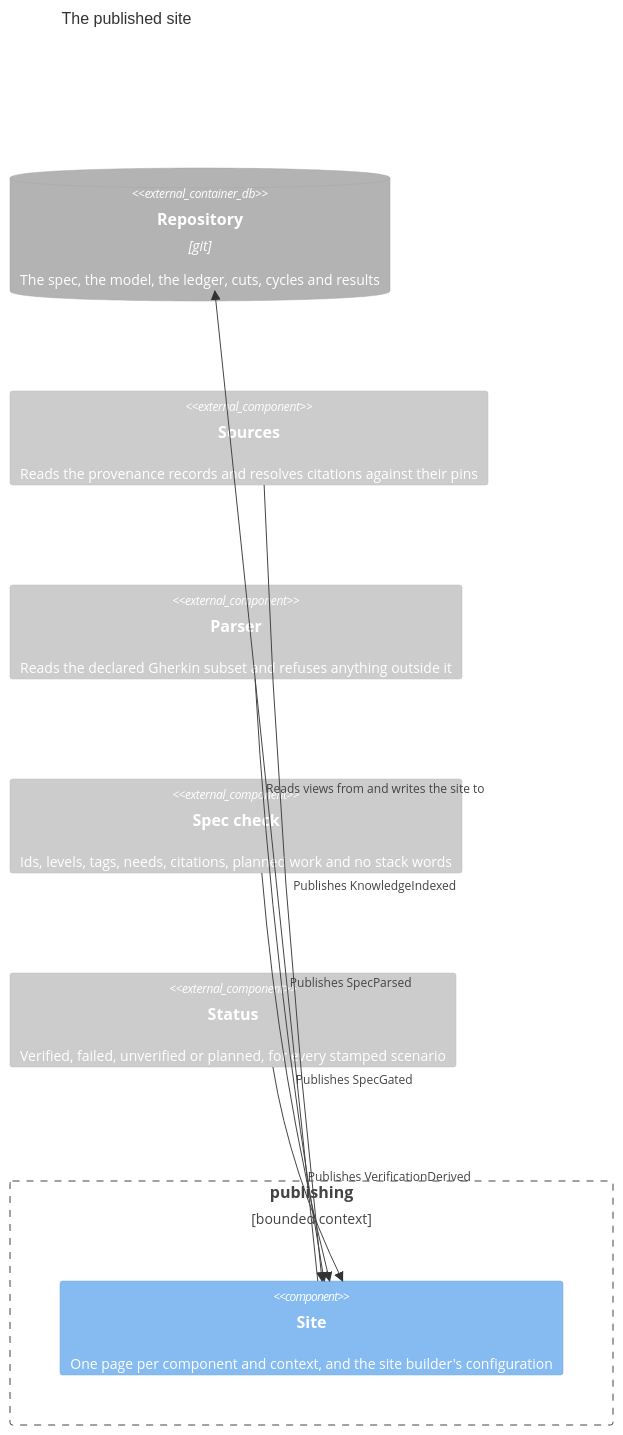
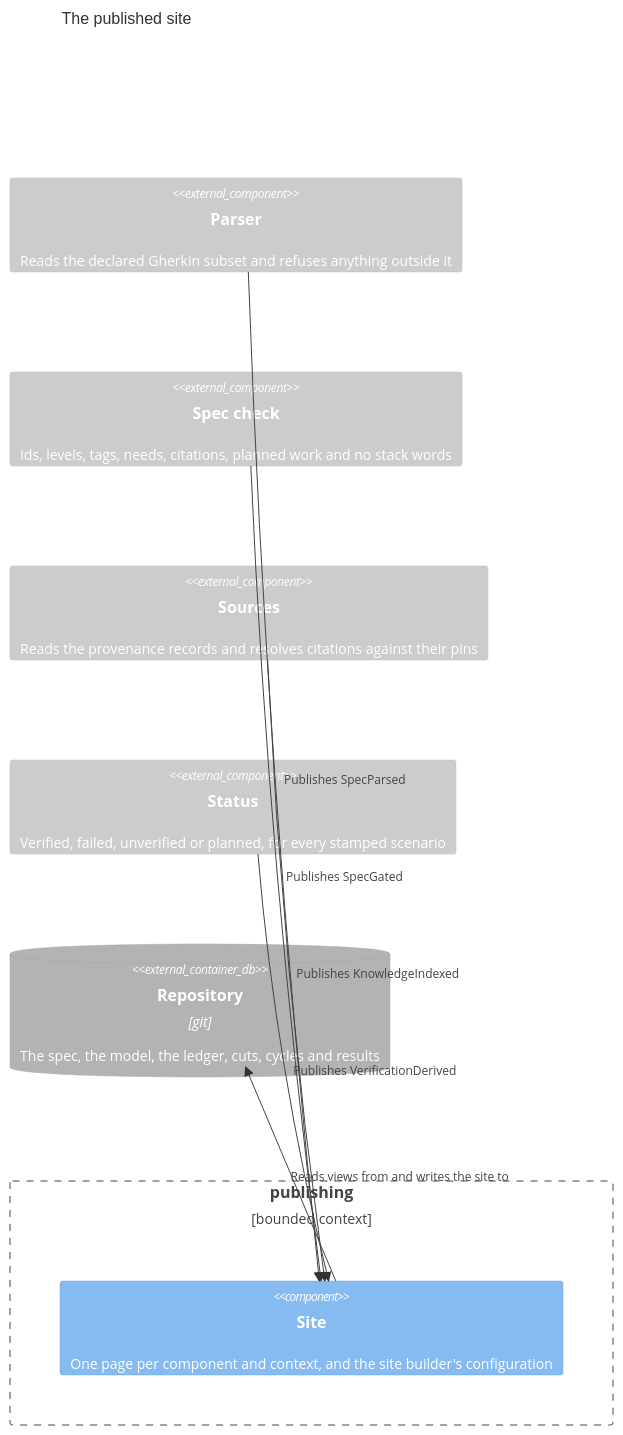
The diagram in dhf/views/publishing-components.mmd (scope-impact/rdm), drawn with Mermaid before and after one commit. The commit also changed 23 other files, not shown here.

First line of the commit message:
Views redrawn by cycle 01's views (hash on the first line)

```diff
--- a/dhf/views/publishing-components.mmd
+++ b/dhf/views/publishing-components.mmd
@@ -1,17 +1,16 @@
-%% Generated by rdm-spec views from dhf/spec/model.edn, view "publishing-components"; do not edit.
-%% model-hash: 5b6384241a4aeb145c53680301f1084738c60a6c4b9087a130873a10a6a17e59
+%% model-sha256: 5622e703d4a57c8617d80ae421e30831390c18c7e814adee135893b5a0cbcec7 model-value-sha256: 5b6384241a4aeb145c53680301f1084738c60a6c4b9087a130873a10a6a17e59; generated by rdm-spec views from dhf/spec/model.edn, view "publishing-components"; do not edit
 C4Component
 title The published site
 Boundary(boundary__publishing, "publishing", "bounded context") {
   Component(publishing__site, "Site", "", "One page per component and context, and the site builder's configuration")
 }
-ContainerDb_Ext(repository, "Repository", "git", "The spec, the model, the ledger, cuts, cycles and results")
-Component_Ext(knowledge__sources, "Sources", "", "Reads the provenance records and resolves citations against their pins")
 Component_Ext(spec__parser, "Parser", "", "Reads the declared Gherkin subset and refuses anything outside it")
 Component_Ext(spec__check, "Spec check", "", "Ids, levels, tags, needs, citations, planned work and no stack words")
+Component_Ext(knowledge__sources, "Sources", "", "Reads the provenance records and resolves citations against their pins")
 Component_Ext(verification__status, "Status", "", "Verified, failed, unverified or planned, for every stamped scenario")
+ContainerDb_Ext(repository, "Repository", "git", "The spec, the model, the ledger, cuts, cycles and results")
 Rel(publishing__site, repository, "Reads views from and writes the site to")
 Rel(knowledge__sources, publishing__site, "Publishes KnowledgeIndexed")
 Rel(spec__parser, publishing__site, "Publishes SpecParsed")
 Rel(spec__check, publishing__site, "Publishes SpecGated")
 Rel(verification__status, publishing__site, "Publishes VerificationDerived")
```
